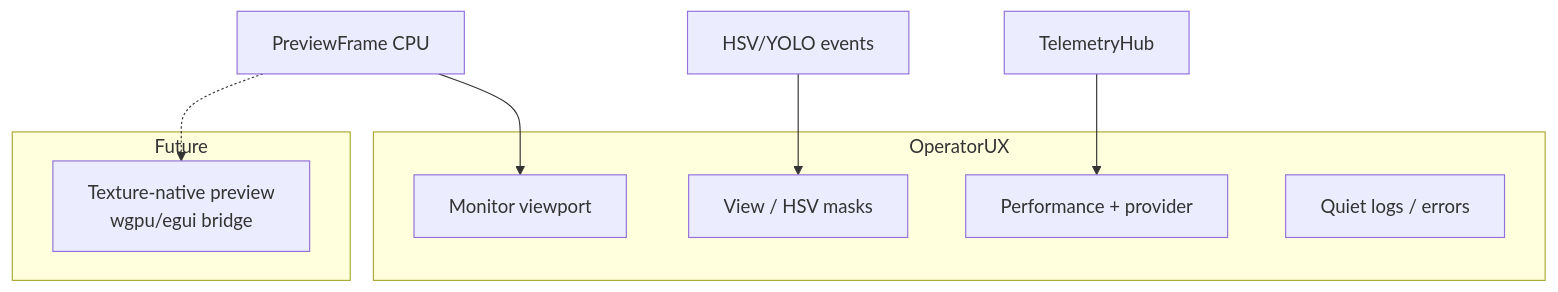
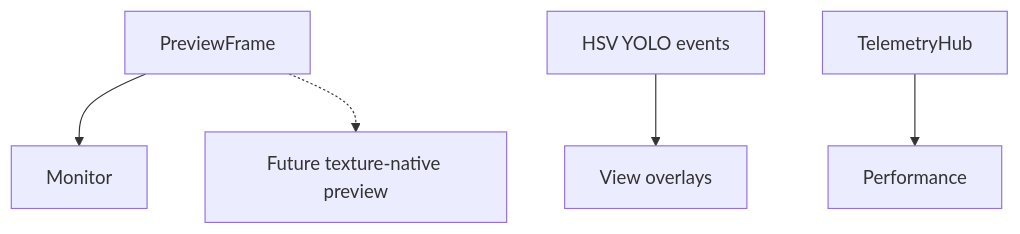
The seventh of 8 diagrams in 설계안.md (NAMUORI00/display-share), drawn with Mermaid before and after one commit. The commit also changed other lines of this file and 25 other files, not shown here.

First line of the commit message:
docs(wiki): complete pages for current privacy/DXGI architecture

````diff
--- a/설계안.md
+++ b/설계안.md
@@ -172,18 +138,7 @@
 ```mermaid
 flowchart TB
-  subgraph OperatorUX
-    M["Monitor viewport"]
-    V["View / HSV masks"]
-    P["Performance + provider"]
-    L["Quiet logs / errors"]
-  end
-
-  subgraph Future
-    T["Texture-native preview<br/>wgpu/egui bridge"]
-  end
-
-  CAP["PreviewFrame CPU"] --> M
-  VW["HSV/YOLO events"] --> V
-  TEL["TelemetryHub"] --> P
-  CAP -.-> T
+  CAP[PreviewFrame] --> M[Monitor]
+  VW[HSV YOLO events] --> V[View overlays]
+  TEL[TelemetryHub] --> P[Performance]
+  CAP -.-> T[Future texture-native preview]
 ```
````
